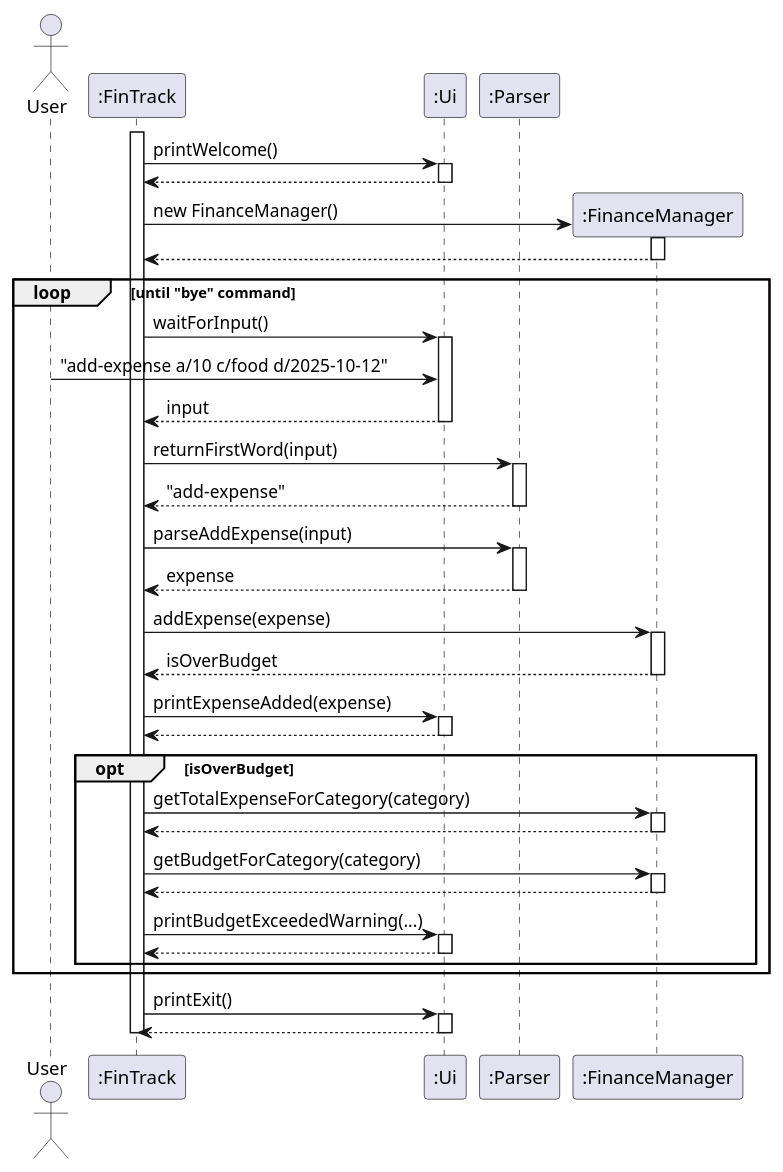
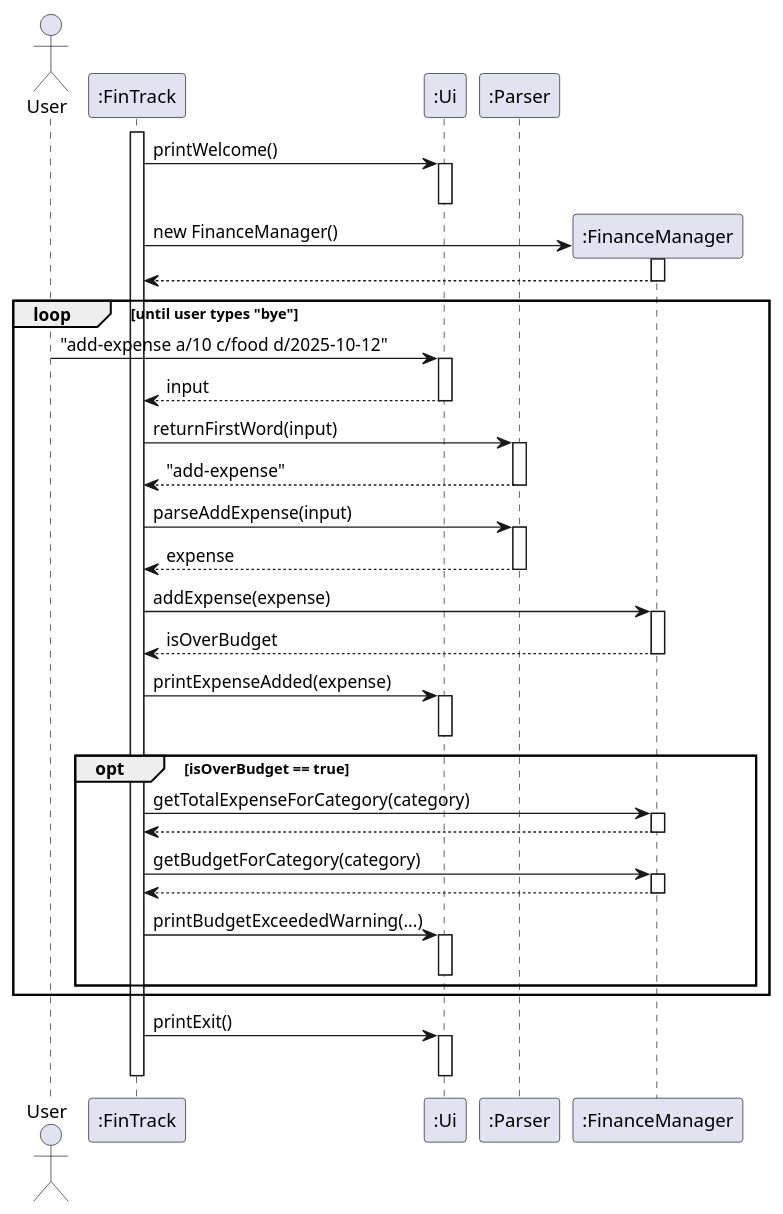
The diagram in docs/diagrams/add_expense.puml (AY2526S1-CS2113-W12-4/tp), drawn with PlantUML before and after one commit. The commit also changed 1 other file, not shown here.

Commit message:
Update FinTrack sequence diagram

```diff
--- a/docs/diagrams/add_expense.puml
+++ b/docs/diagrams/add_expense.puml
@@ -1,71 +1,66 @@
 @startuml
 actor User
 participant ":FinTrack" as FT
 participant ":Ui" as UI
 participant ":Parser" as P
 participant ":FinanceManager" as FM
 
 activate FT
 FT -> UI: printWelcome()
 activate UI
-UI --> FT
 deactivate UI
 
 create FM
 FT -> FM: new FinanceManager()
 activate FM
 FM --> FT
 deactivate FM
 
-loop until "bye" command
-    FT -> UI: waitForInput()
+loop until user types "bye"
+    User -> UI: "add-expense a/10 c/food d/2025-10-12"
     activate UI
-    User -> UI: "add-expense a/10 c/food d/2025-10-12"
     UI --> FT: input
     deactivate UI
 
     FT -> P: returnFirstWord(input)
     activate P
     P --> FT: "add-expense"
     deactivate P
 
     FT -> P: parseAddExpense(input)
     activate P
     P --> FT: expense
     deactivate P
 
     FT -> FM: addExpense(expense)
     activate FM
     FM --> FT: isOverBudget
     deactivate FM
 
     FT -> UI: printExpenseAdded(expense)
     activate UI
-    UI --> FT
     deactivate UI
 
-    opt isOverBudget
+    opt isOverBudget == true
         FT -> FM: getTotalExpenseForCategory(category)
         activate FM
         FM --> FT
         deactivate FM
 
         FT -> FM: getBudgetForCategory(category)
         activate FM
         FM --> FT
         deactivate FM
 
         FT -> UI: printBudgetExceededWarning(...)
         activate UI
-        UI --> FT
         deactivate UI
     end
 end
 
 FT -> UI: printExit()
 activate UI
-UI --> FT
 deactivate UI
 
 deactivate FT
 @enduml
```
